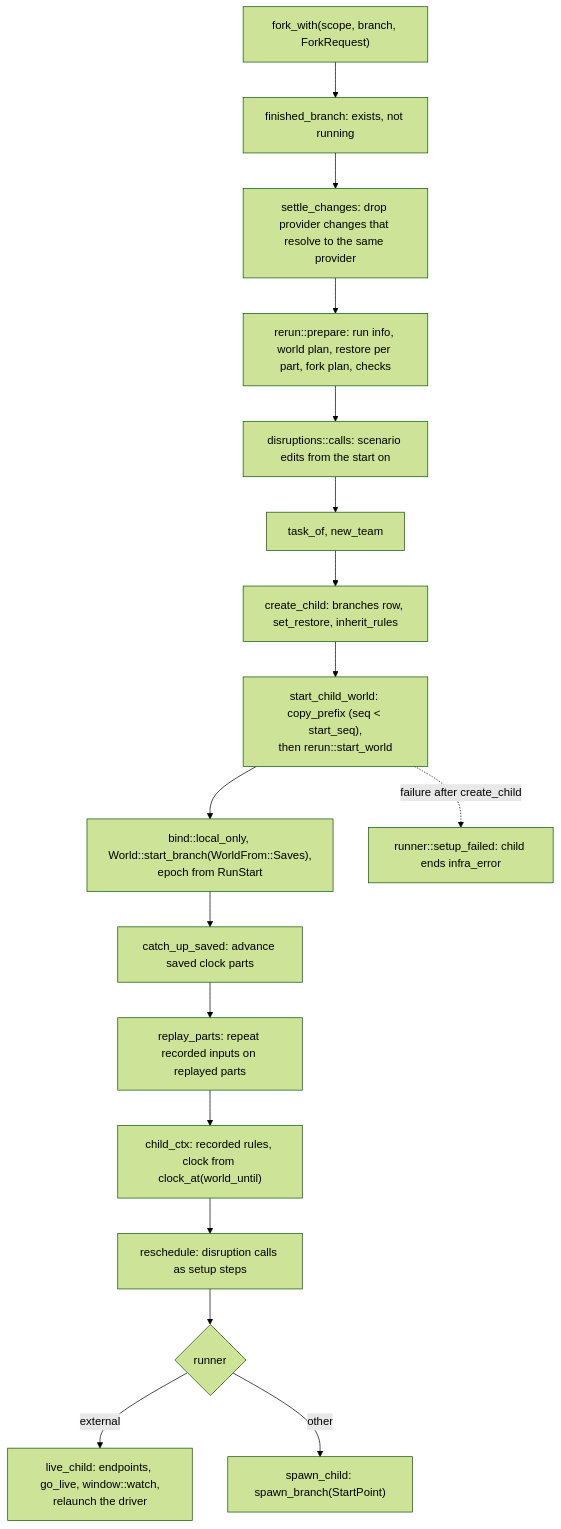
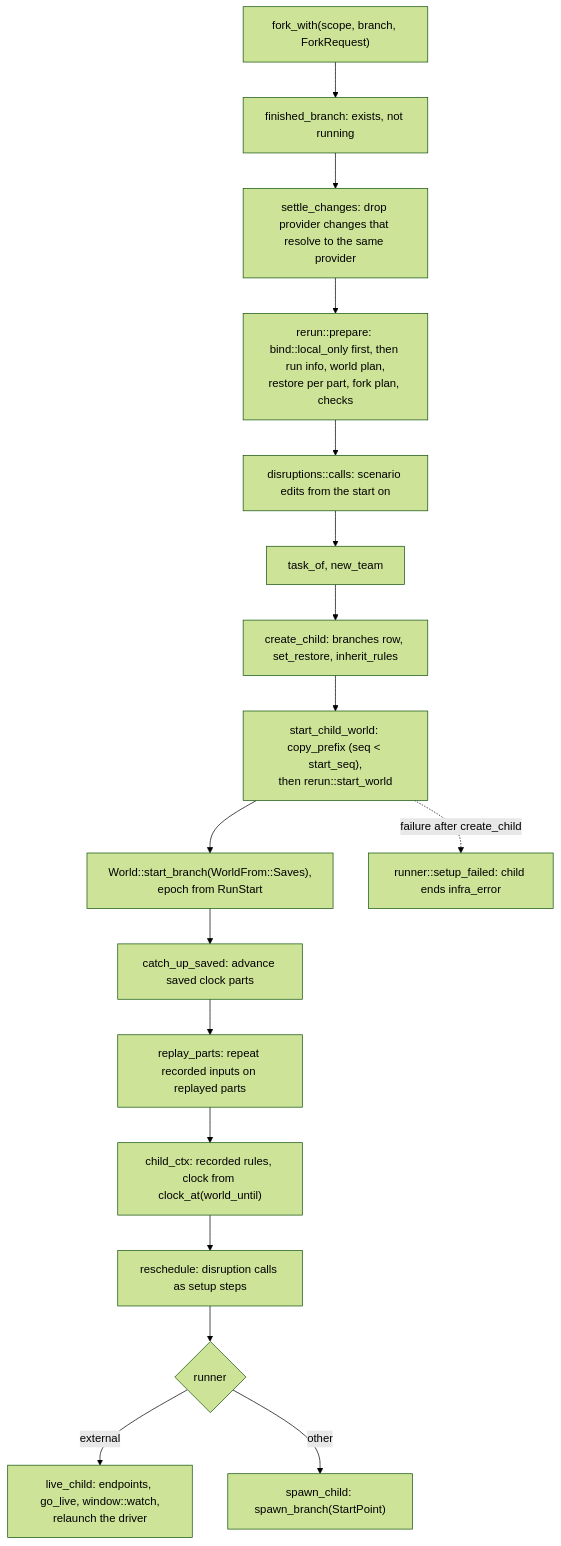
Before and after one commit to CopperTide/Shakedown: the fifth of 5 diagrams in docs/internals/runs-and-worlds.md, drawn with Mermaid (forest theme). The commit also changed other lines of this file and 3 other files, not shown here.

First line of the commit message:
fix(shaked): a sandbox-only shaked refuses a fork before planning its world, so no package program starts

````diff
--- a/docs/internals/runs-and-worlds.md
+++ b/docs/internals/runs-and-worlds.md
@@ -172,19 +172,19 @@
 ```mermaid
 flowchart TD
     A["fork_with(scope, branch, ForkRequest)"] --> B["finished_branch: exists, not running"]
     B --> C["settle_changes: drop provider changes that resolve to the same provider"]
-    C --> D["rerun::prepare: run info, world plan, restore per part, fork plan, checks"]
+    C --> D["rerun::prepare: bind::local_only first, then run info, world plan,<br/>restore per part, fork plan, checks"]
     D --> E["disruptions::calls: scenario edits from the start on"]
     E --> F["task_of, new_team"]
     F --> G["create_child: branches row, set_restore, inherit_rules"]
     G --> H["start_child_world: copy_prefix (seq < start_seq),<br/>then rerun::start_world"]
-    H --> H1["bind::local_only, World::start_branch(WorldFrom::Saves),<br/>epoch from RunStart"]
+    H --> H1["World::start_branch(WorldFrom::Saves),<br/>epoch from RunStart"]
     H1 --> H2["catch_up_saved: advance saved clock parts"]
     H2 --> H3["replay_parts: repeat recorded inputs on replayed parts"]
     H3 --> I["child_ctx: recorded rules, clock from clock_at(world_until)"]
     I --> J["reschedule: disruption calls as setup steps"]
     J --> K{"runner"}
     K -- external --> L["live_child: endpoints, go_live, window::watch,<br/>relaunch the driver"]
     K -- other --> M["spawn_child: spawn_branch(StartPoint)"]
     H -. "failure after create_child" .-> X["runner::setup_failed: child ends infra_error"]
 ```
````
